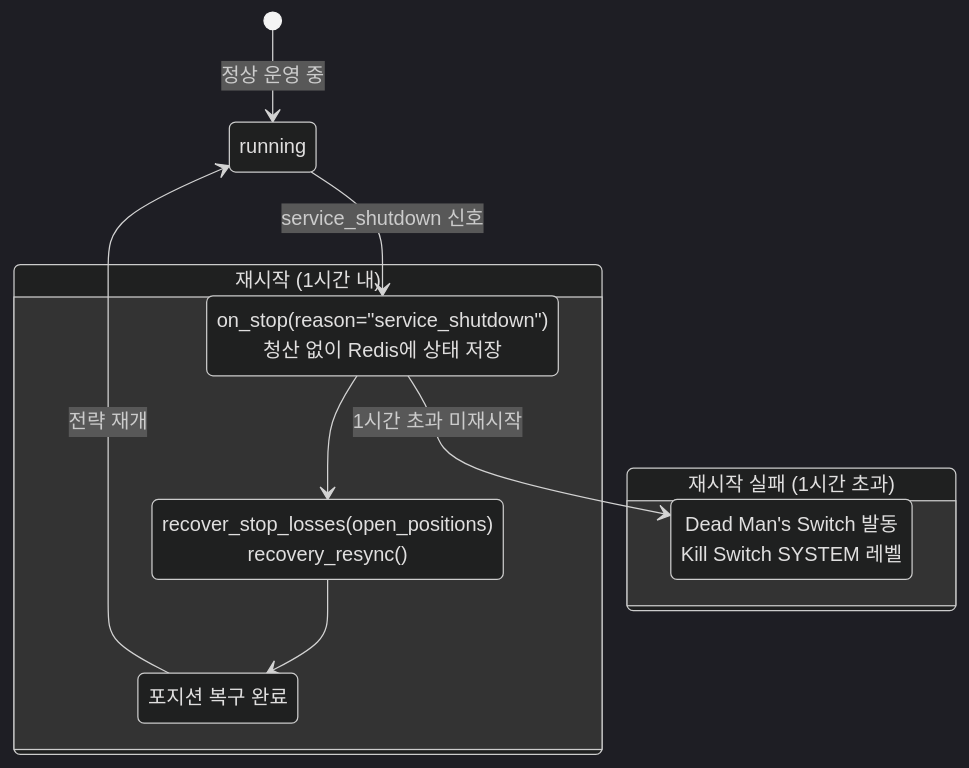
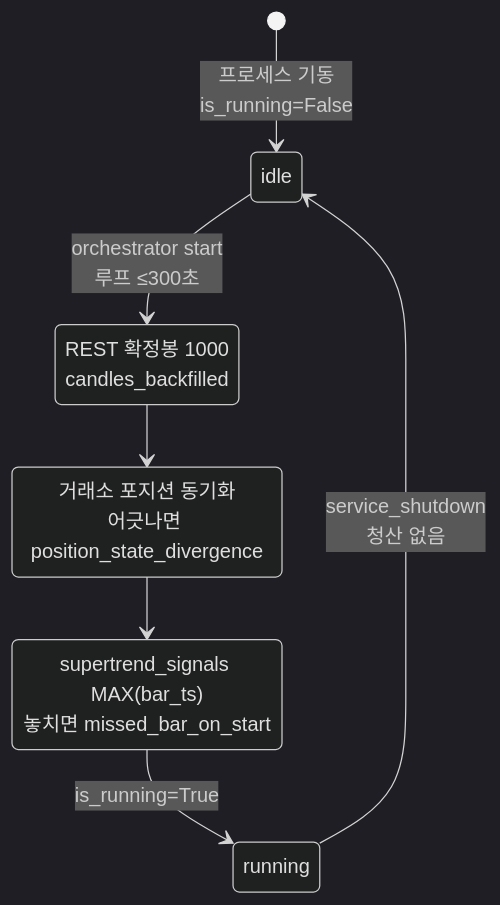
One commit to Justant-source/Bit-Mania changed the third of 3 diagrams in docs/cryptoengine/60-runtime.md. Above: the diagram before and after it, drawn with Mermaid (dark theme). The commit also changed other lines of this file and 8 other files, not shown here.

First line of the commit message:
fix(supertrend): retry a rejected 4h order on the same bar

````diff
--- a/docs/cryptoengine/60-runtime.md
+++ b/docs/cryptoengine/60-runtime.md
@@ -107,21 +109,15 @@
 ```mermaid
 stateDiagram-v2
     direction TB
-    [*] --> running : 정상 운영 중
+    [*] --> idle : 프로세스 기동<br/>is_running=False
 
-    state "재시작 (1시간 내)" as restart {
-        shutdown : on_stop(reason="service_shutdown")<br/>청산 없이 Redis에 상태 저장
-        recover : recover_stop_losses(open_positions)<br/>recovery_resync()
-        resume : 포지션 복구 완료
-        shutdown --> recover
-        recover --> resume
-    }
+    idle --> backfill : orchestrator start<br/>루프 ≤300초
+    backfill : REST 확정봉 1000<br/>candles_backfilled
+    syncpos : 거래소 포지션 동기화<br/>어긋나면 position_state_divergence
+    missed : supertrend_signals MAX(bar_ts)<br/>놓치면 missed_bar_on_start
 
-    running --> shutdown : service_shutdown 신호
-    resume --> running : 전략 재개
-
-    state "재시작 실패 (1시간 초과)" as fail {
-        dead_man : Dead Man's Switch 발동<br/>Kill Switch SYSTEM 레벨
-    }
-    shutdown --> dead_man : 1시간 초과 미재시작
+    backfill --> syncpos
+    syncpos --> missed
+    missed --> running : is_running=True
+    running --> idle : service_shutdown<br/>청산 없음
 ```
````
